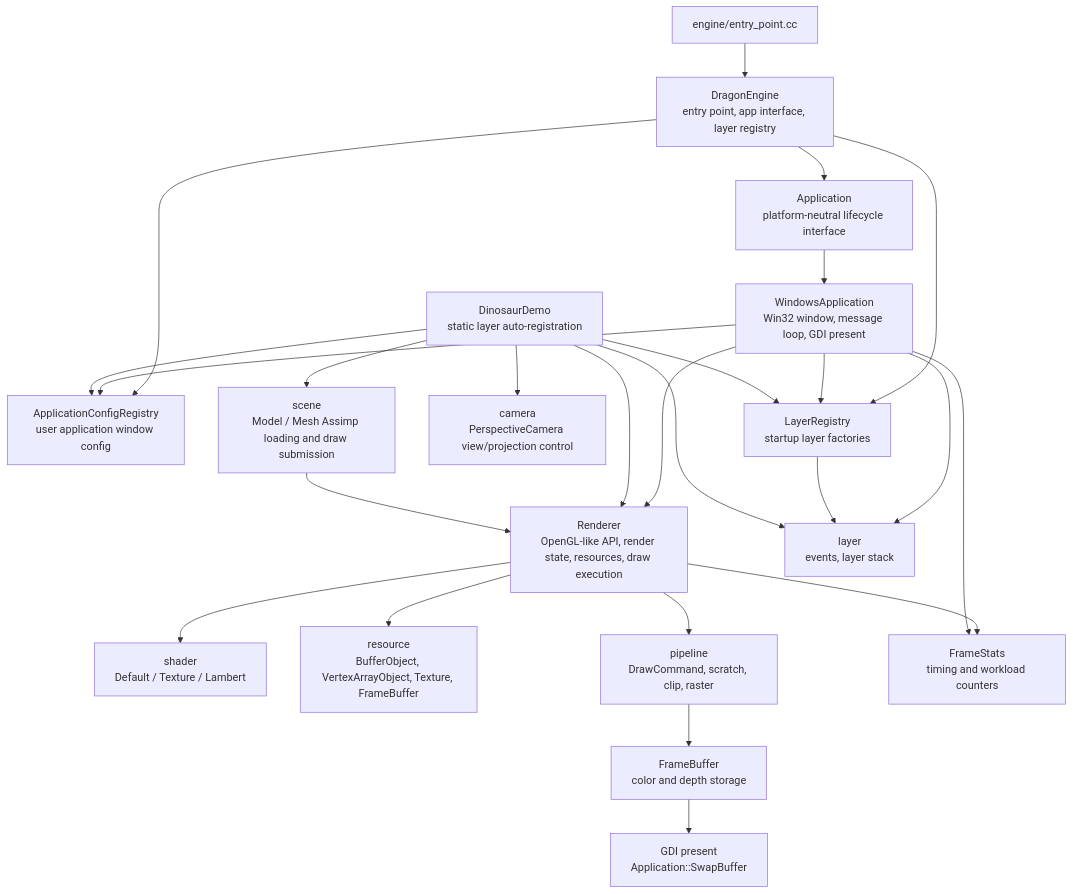
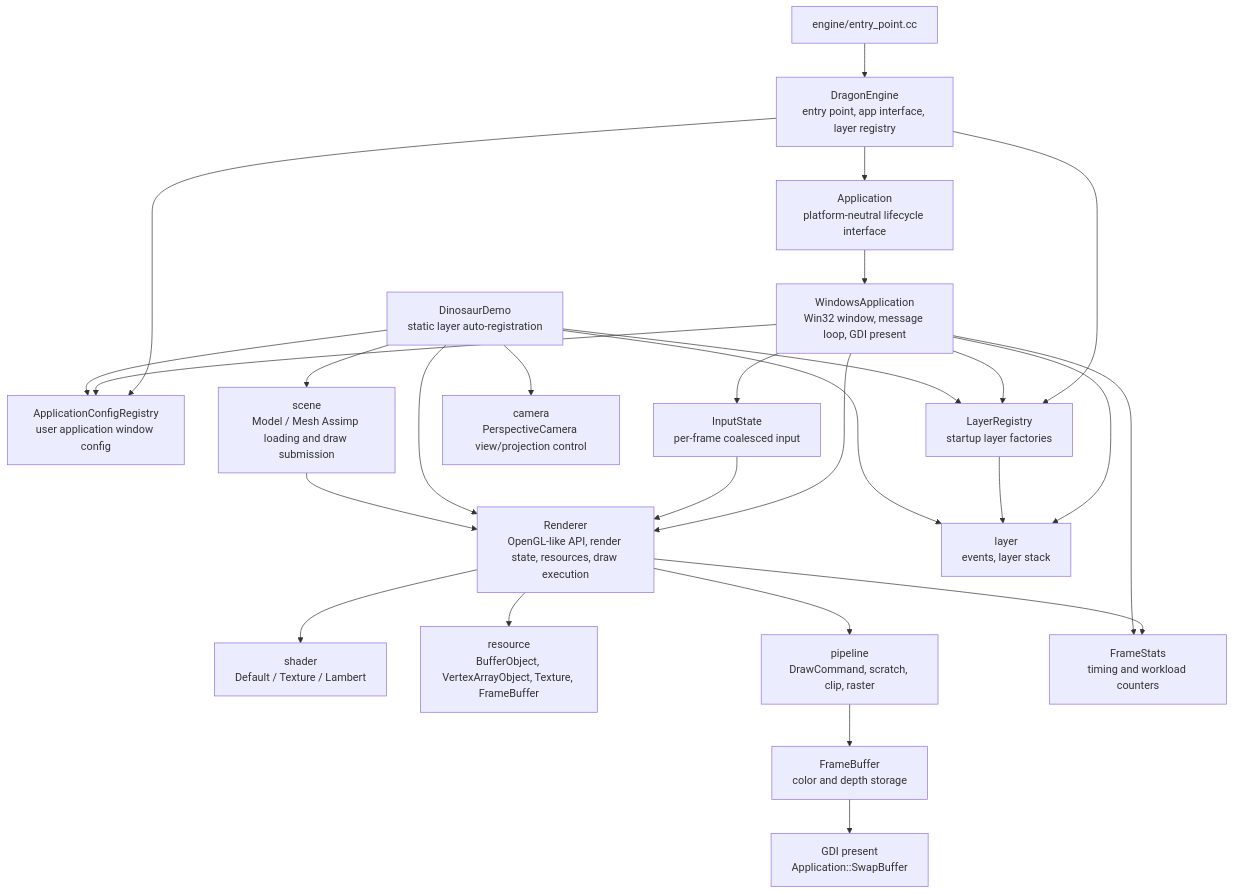
Before and after one commit to hangge1/DragonRenderer: the first of 6 diagrams in docs/ARCHITECTURE.md, drawn with Mermaid. The commit also changed other lines of this file and 13 other files, not shown here.

````diff
--- a/docs/ARCHITECTURE.md
+++ b/docs/ARCHITECTURE.md
@@ -9,45 +9,48 @@
 ```mermaid
 flowchart TB
     Entry["engine/entry_point.cc"]
     Engine["DragonEngine<br/>entry point, app interface, layer registry"]
     App["Application<br/>platform-neutral lifecycle interface"]
     AppConfig["ApplicationConfigRegistry<br/>user application window config"]
     Win32App["WindowsApplication<br/>Win32 window, message loop, GDI present"]
+    InputState["InputState<br/>per-frame coalesced input"]
     LayerRegistry["LayerRegistry<br/>startup layer factories"]
     DinosaurDemo["DinosaurDemo<br/>static layer auto-registration"]
     Renderer["Renderer<br/>OpenGL-like API, render state, resources, draw execution"]
     LayerSystem["layer<br/>events, layer stack"]
     Camera["camera<br/>PerspectiveCamera view/projection control"]
     Model["scene<br/>Model / Mesh Assimp loading and draw submission"]
     Shader["shader<br/>Default / Texture / Lambert"]
     Resources["resource<br/>BufferObject, VertexArrayObject, Texture, FrameBuffer"]
     Pipeline["pipeline<br/>DrawCommand, scratch, clip, raster"]
     FrameBuffer["FrameBuffer<br/>color and depth storage"]
     Present["GDI present<br/>Application::SwapBuffer"]
     Stats["FrameStats<br/>timing and workload counters"]
 
     Entry --> Engine
     Engine --> App
     Engine --> AppConfig
     Engine --> LayerRegistry
     App --> Win32App
     Win32App --> AppConfig
     Win32App --> Renderer
+    Win32App --> InputState
+    InputState --> Renderer
     Win32App --> LayerSystem
     Win32App --> LayerRegistry
     DinosaurDemo --> LayerRegistry
     DinosaurDemo --> AppConfig
     LayerRegistry --> LayerSystem
     DinosaurDemo --> LayerSystem
     DinosaurDemo --> Camera
     DinosaurDemo --> Model
     DinosaurDemo --> Renderer
     Model --> Renderer
     Renderer --> Resources
     Renderer --> Shader
     Renderer --> Pipeline
     Pipeline --> FrameBuffer
     Renderer --> Stats
     Win32App --> Stats
     FrameBuffer --> Present
 ```
````
